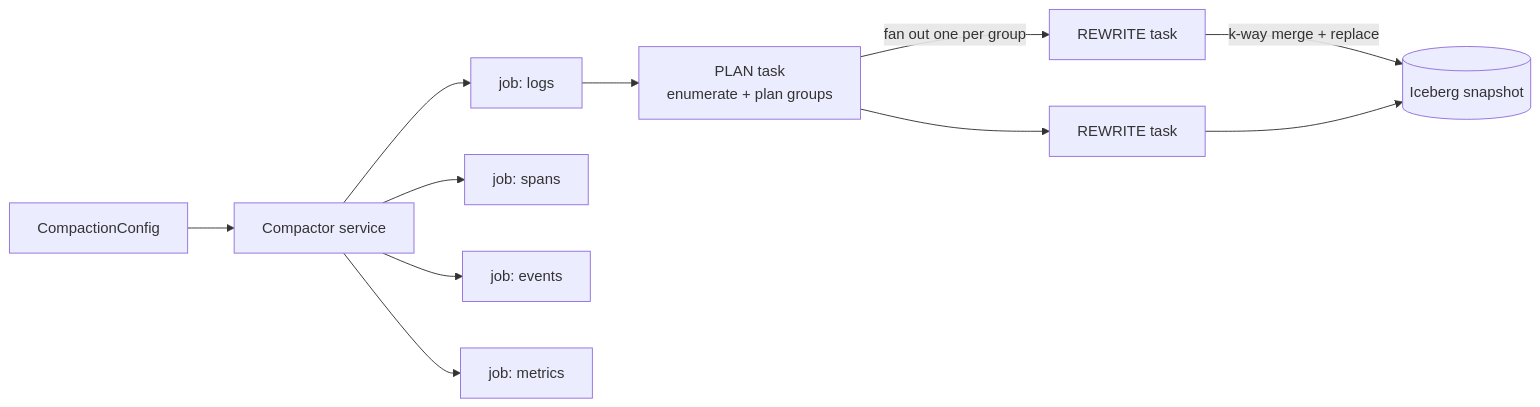
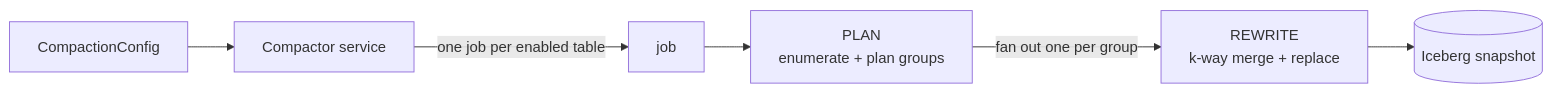
One commit to icegatetech/icegate changed the diagram in crates/icegate-maintain/src/compact/README.md. Above: the diagram before and after it, drawn with Mermaid. The commit also changed other lines of this file and 1 other file, not shown here.

````diff
--- a/crates/icegate-maintain/src/compact/README.md
+++ b/crates/icegate-maintain/src/compact/README.md
@@ -34,13 +31,8 @@
 ```mermaid
 flowchart LR
     CFG[CompactionConfig] --> CMP[Compactor service]
-    CMP --> J1[job: logs]
-    CMP --> J2[job: spans]
-    CMP --> J3[job: events]
-    CMP --> J4[job: metrics]
-    J1 --> P[PLAN task<br/>enumerate + plan groups]
-    P -->|fan out one per group| R1[REWRITE task]
-    P --> R2[REWRITE task]
-    R1 -->|k-way merge + replace| IC[(Iceberg snapshot)]
-    R2 --> IC
+    CMP -->|one job per enabled table| J[job]
+    J --> P[PLAN<br/>enumerate + plan groups]
+    P -->|fan out one per group| R[REWRITE<br/>k-way merge + replace]
+    R --> IC[(Iceberg snapshot)]
 ```
````
